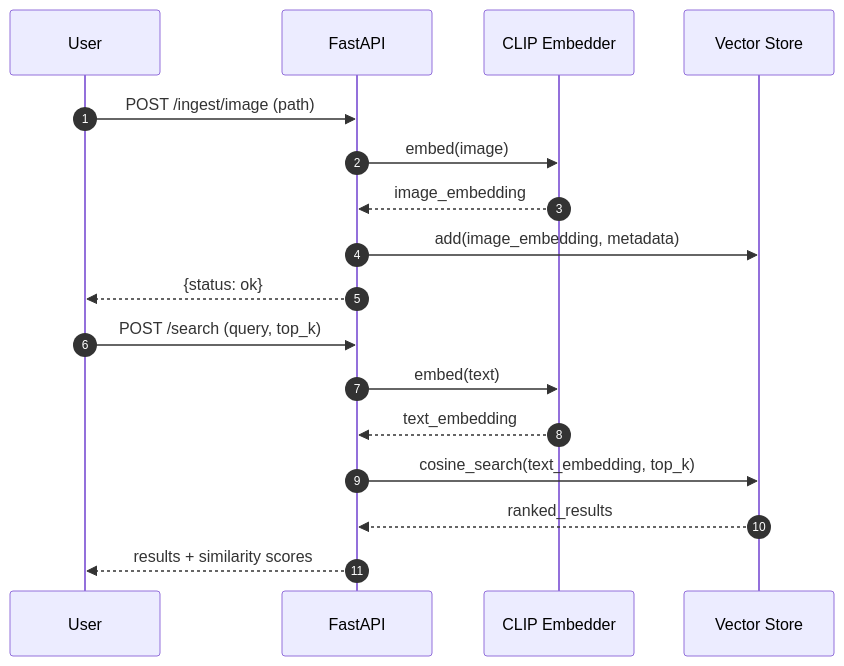
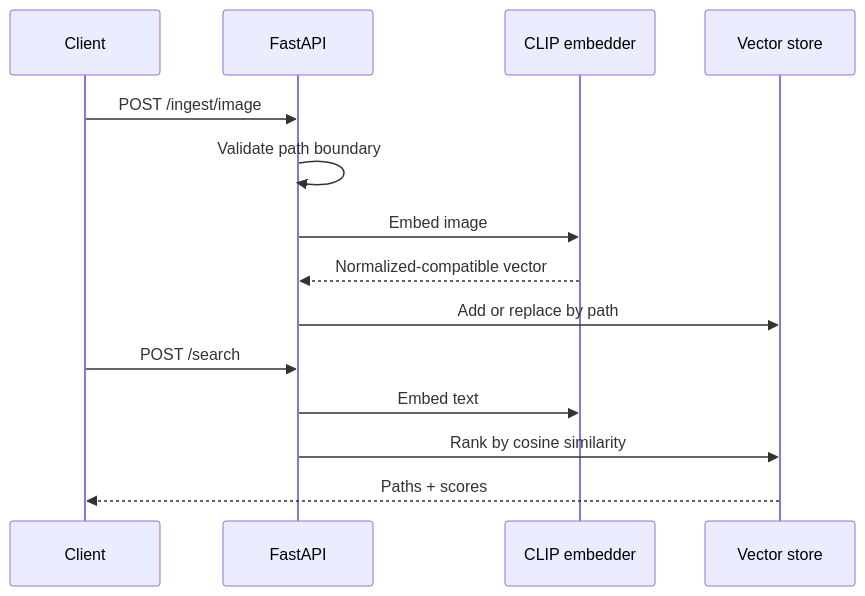
The second of 2 diagrams in README.md (aaryabookseller16/Vision-Query), drawn with Mermaid before and after one commit. The commit also changed other lines of this file and 40 other files, not shown here.

````diff
--- a/README.md
+++ b/README.md
@@ -43,21 +44,16 @@
 ```mermaid
 sequenceDiagram
-  autonumber
-  participant U as User
+  participant U as Client
   participant A as FastAPI
-  participant M as CLIP Embedder
-  participant V as Vector Store
-
-  U->>A: POST /ingest/image (path)
-  A->>M: embed(image)
-  M-->>A: image_embedding
-  A->>V: add(image_embedding, metadata)
-  A-->>U: {status: ok}
-
-  U->>A: POST /search (query, top_k)
-  A->>M: embed(text)
-  M-->>A: text_embedding
-  A->>V: cosine_search(text_embedding, top_k)
-  V-->>A: ranked_results
-  A-->>U: results + similarity scores
+  participant E as CLIP embedder
+  participant V as Vector store
+  U->>A: POST /ingest/image
+  A->>A: Validate path boundary
+  A->>E: Embed image
+  E-->>A: Normalized-compatible vector
+  A->>V: Add or replace by path
+  U->>A: POST /search
+  A->>E: Embed text
+  A->>V: Rank by cosine similarity
+  V-->>U: Paths + scores
 ```
````
